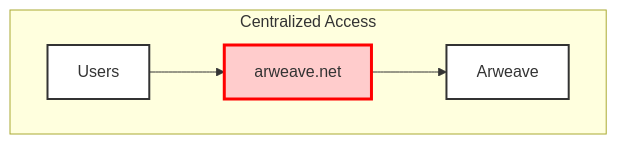
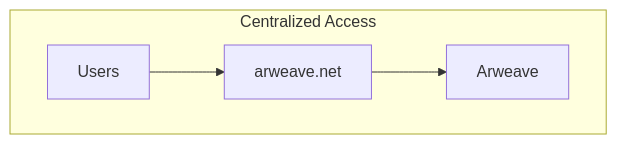
Before and after one commit to ar-io/docs: the first of 3 diagrams in content/learn/wayfinder/index.mdx, drawn with Mermaid. The commit also changed other lines of this file and 9 other files, not shown here.

First line of the commit message:
feat(docs): legible, on-brand diagrams

````diff
--- a/content/learn/wayfinder/index.mdx
+++ b/content/learn/wayfinder/index.mdx
@@ -32,10 +32,11 @@
 ```mermaid
 graph TB
     subgraph "Centralized Access"
         U1[Users] --> AW[arweave.net]
         AW --> AR1[Arweave]
-        style AW fill:#ffcccc,stroke:#ff0000,stroke-width:3px,color:#333
-        style U1 fill:#fff,stroke:#333,stroke-width:2px,color:#333
-        style AR1 fill:#fff,stroke:#333,stroke-width:2px,color:#333
+        class AW dg-muted
+        class AW dg-dashed
+        class U1 dg-muted
+        class AR1 dg-muted
     end
 ```
````
